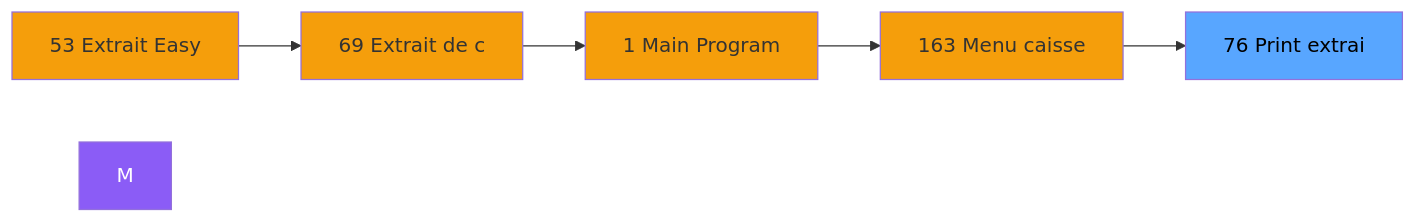
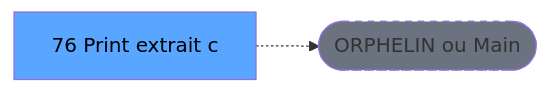
The second of 3 diagrams in .openspec/renders/ADH-IDE-76.md (thonyAGP/lecteur-magic), drawn with Mermaid before and after one commit. The commit also changed other lines of this file and 701 other files, not shown here.

````diff
--- a/.openspec/renders/ADH-IDE-76.md
+++ b/.openspec/renders/ADH-IDE-76.md
@@ -128,18 +125,8 @@
 ```mermaid
 graph LR
-    N53[53 Extrait Easy]
-    N69[69 Extrait de c]
-    N1[1 Main Program]
-    N163[163 Menu caisse ]
-    T[76 Print extrai]
-    N53 --> N69
-    N69 --> N1
-    N1 --> N163
-    N163 --> T
-    style M fill:#8b5cf6,color:#fff
-    style N53 fill:#f59e0b
-    style N69 fill:#f59e0b
-    style N1 fill:#f59e0b
-    style N163 fill:#f59e0b
+    T[76 Print extrait c]
+    ORPHAN([ORPHELIN ou Main])
+    T -.-> ORPHAN
     style T fill:#58a6ff,color:#000
+    style ORPHAN fill:#6b7280,stroke-dasharray: 5 5
 ```
````
